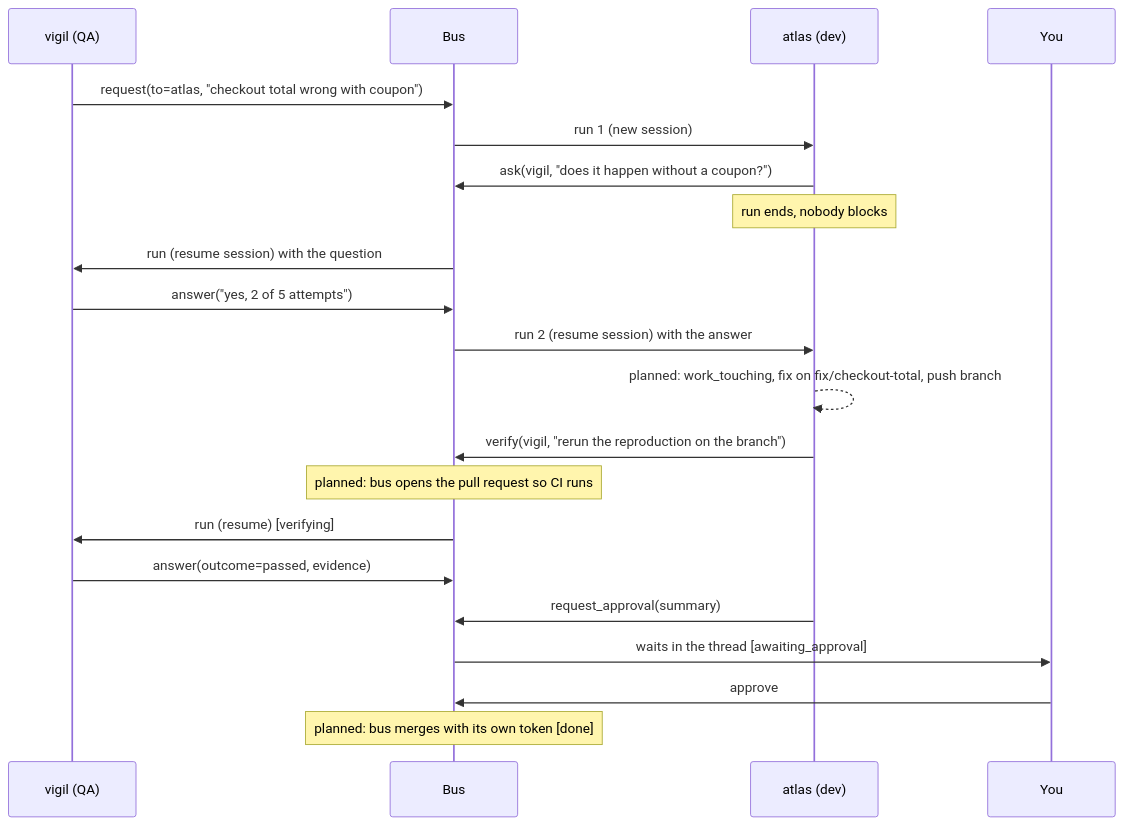
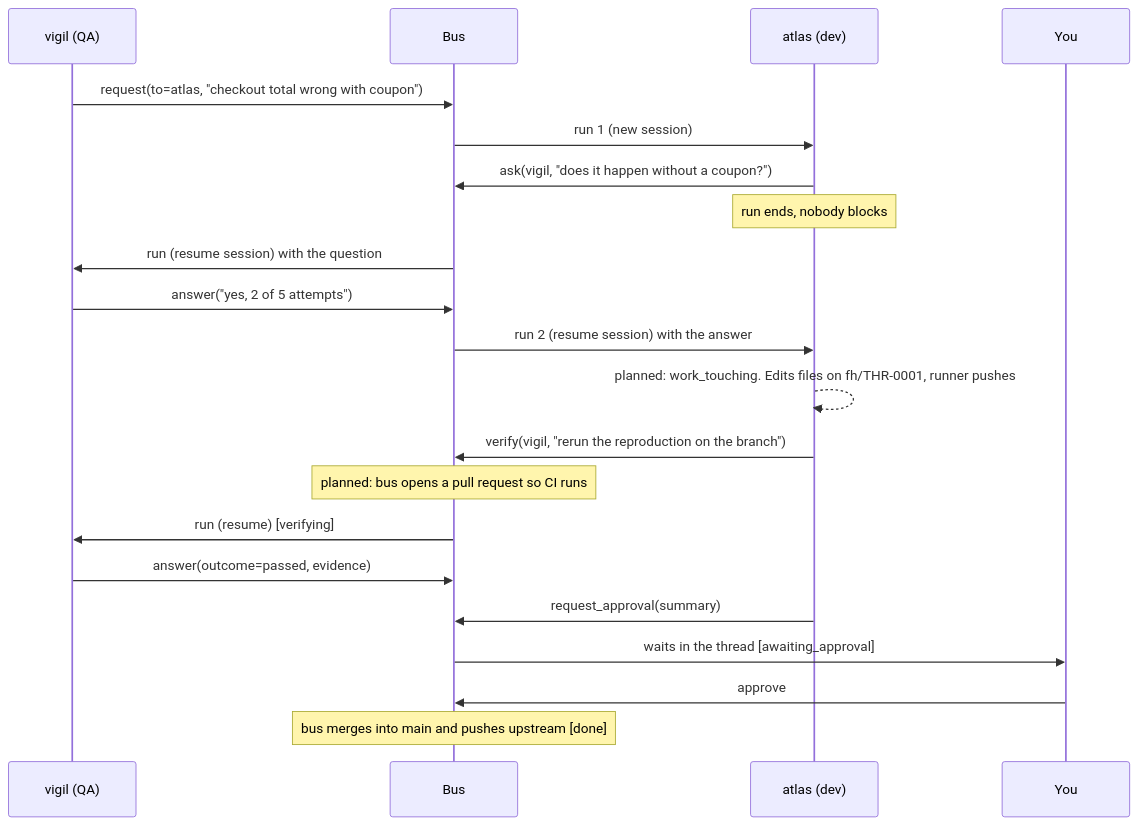
The diagram in docs/concepts/threads-and-messages.md (PhrStyle/forgehall), drawn with Mermaid before and after one commit. The commit also changed other lines of this file and 16 other files, not shown here.

````diff
--- a/docs/concepts/threads-and-messages.md
+++ b/docs/concepts/threads-and-messages.md
@@ -53,23 +68,23 @@
 ```mermaid
 sequenceDiagram
   participant V as vigil (QA)
   participant B as Bus
   participant A as atlas (dev)
   participant H as You
   V->>B: request(to=atlas, "checkout total wrong with coupon")
   B->>A: run 1 (new session)
   A->>B: ask(vigil, "does it happen without a coupon?")
   Note over A: run ends, nobody blocks
   B->>V: run (resume session) with the question
   V->>B: answer("yes, 2 of 5 attempts")
   B->>A: run 2 (resume session) with the answer
-  A-->>A: planned: work_touching, fix on fix/checkout-total, push branch
+  A-->>A: planned: work_touching. Edits files on fh/THR-0001, runner pushes
   A->>B: verify(vigil, "rerun the reproduction on the branch")
-  Note over B: planned: bus opens the pull request so CI runs
+  Note over B: planned: bus opens a pull request so CI runs
   B->>V: run (resume) [verifying]
   V->>B: answer(outcome=passed, evidence)
   A->>B: request_approval(summary)
   B->>H: waits in the thread [awaiting_approval]
   H->>B: approve
-  Note over B: planned: bus merges with its own token [done]
+  Note over B: bus merges into main and pushes upstream [done]
 ```
````
